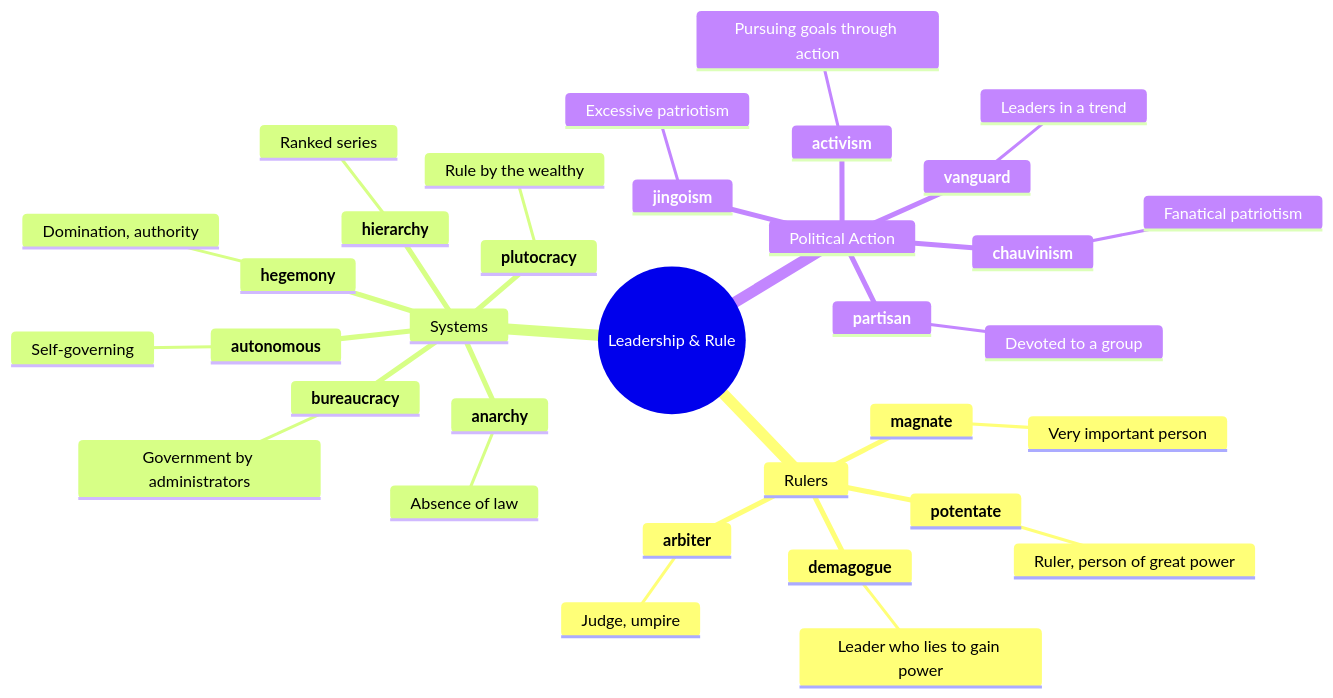
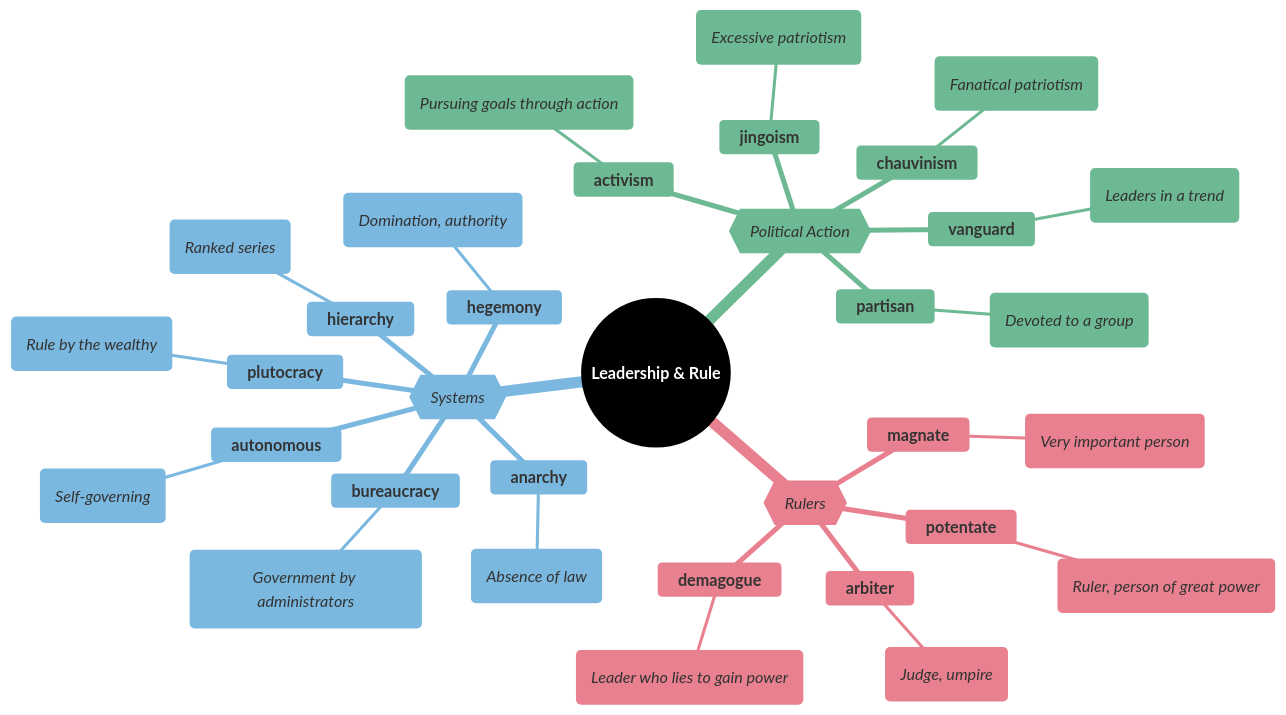
Before and after one commit to 95anantsingh/gre-preparation: the second of 7 diagrams in mindmaps/09-power-and-authority.md, drawn with Mermaid. The commit also changed other lines of this file and 14 other files, not shown here.

````diff
--- a/mindmaps/09-power-and-authority.md
+++ b/mindmaps/09-power-and-authority.md
@@ -100,37 +119,56 @@
 ```mermaid
+%%{
+  init: {
+    "theme": "base",
+    "themeVariables": {
+      "primaryColor": "#000000",
+      "cScale1": "#e8808f",  "cScaleInv1": "#a33445",
+      "cScale2": "#7bb8e0",  "cScaleInv2": "#266a93",
+      "cScale3": "#6db993",  "cScaleInv3": "#23543f",
+      "cScale4": "#f5d07a",  "cScaleInv4": "#c4903b",
+      "cScale5": "#b08fcc",  "cScaleInv5": "#5d3b75",
+      "cScale6": "#74dace",  "cScaleInv6": "#217d72",
+      "cScale7": "#f09570",  "cScaleInv7": "#b84112",
+      "cScale8": "#8ea8c2",  "cScaleInv8": "#32465e",
+      "cScale9": "#cc7fba",  "cScaleInv9": "#7d2868",
+      "cScale10": "#c99a78", "cScaleInv10": "#7c4e32",
+      "cScale11": "#a3a3a3", "cScaleInv11": "#3d3d3d"
+    }
+  }
+}%%
 mindmap
-  root((Leadership & Rule))
-    Rulers
+  root((<font color=white>**Leadership & Rule**</font>))
+    {{_Rulers_}}
       **potentate**
-        Ruler, person of great power
+        (_Ruler, person of great power_)
       **magnate**
-        Very important person
+        (_Very important person_)
       **arbiter**
-        Judge, umpire
+        (_Judge, umpire_)
       **demagogue**
-        Leader who lies to gain power
-    Systems
+        (_Leader who lies to gain power_)
+    {{_Systems_}}
       **hegemony**
-        Domination, authority
+        (_Domination, authority_)
       **hierarchy**
-        Ranked series
+        (_Ranked series_)
       **bureaucracy**
-        Government by administrators
+        (_Government by administrators_)
       **plutocracy**
-        Rule by the wealthy
+        (_Rule by the wealthy_)
       **anarchy**
-        Absence of law
+        (_Absence of law_)
       **autonomous**
-        Self-governing
-    Political Action
+        (_Self-governing_)
+    {{_Political Action_}}
       **activism**
-        Pursuing goals through action
+        (_Pursuing goals through action_)
       **vanguard**
-        Leaders in a trend
+        (_Leaders in a trend_)
       **partisan**
-        Devoted to a group
+        (_Devoted to a group_)
       **jingoism**
-        Excessive patriotism
+        (_Excessive patriotism_)
       **chauvinism**
-        Fanatical patriotism
+        (_Fanatical patriotism_)
 ```
````
